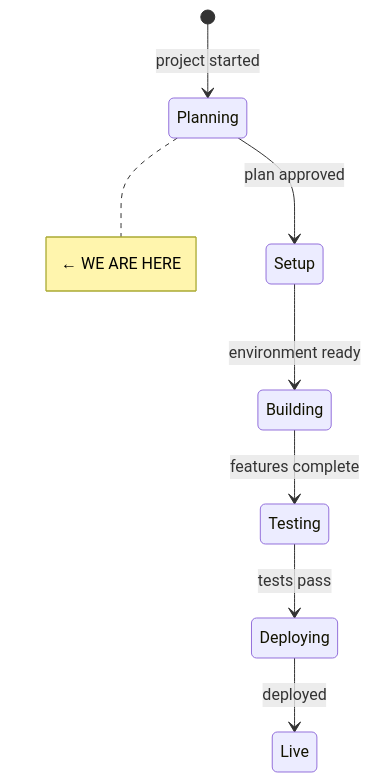
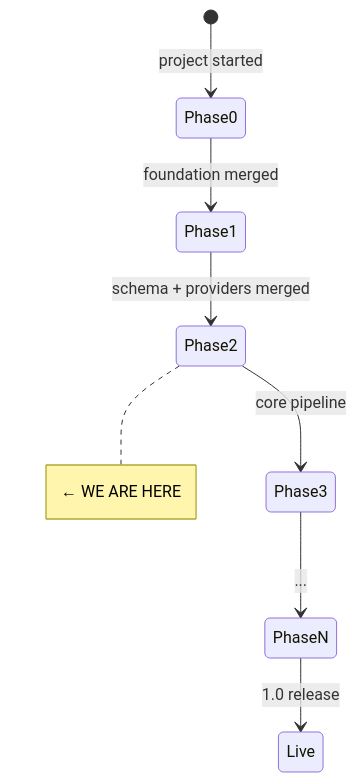
One commit to dataforaction-tom/open-recs-local changed the diagram in STATE.md. Above: the diagram before and after it, drawn with Mermaid. The commit also changed other lines of this file and 65 other files, not shown here.

First line of the commit message:
Phase 2: core pipeline (upload → parse → extract → embed) (#4)

````diff
--- a/STATE.md
+++ b/STATE.md
@@ -7,11 +7,11 @@
 ```mermaid
 stateDiagram-v2
-    [*] --> Planning: project started
-    Planning --> Setup: plan approved
-    Setup --> Building: environment ready
-    Building --> Testing: features complete
-    Testing --> Deploying: tests pass
-    Deploying --> Live: deployed
-    
-    note right of Planning: ← WE ARE HERE
+    [*] --> Phase0: project started
+    Phase0 --> Phase1: foundation merged
+    Phase1 --> Phase2: schema + providers merged
+    Phase2 --> Phase3: core pipeline
+    Phase3 --> PhaseN: ...
+    PhaseN --> Live: 1.0 release
+
+    note right of Phase2: ← WE ARE HERE
 ```
````
